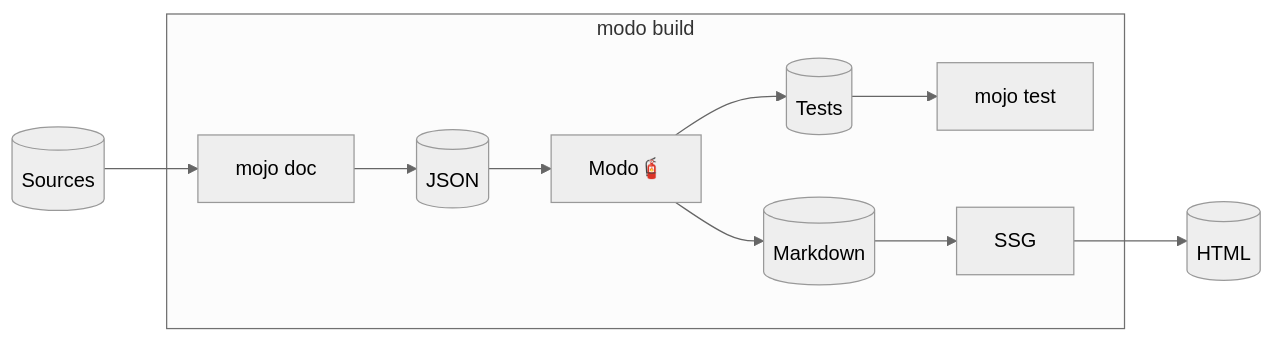
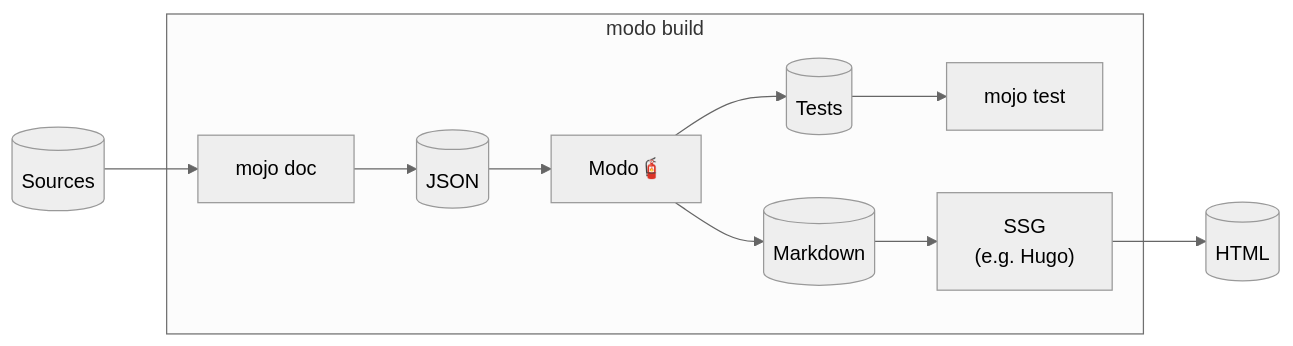
The diagram in docs/docs/presentation/slides.md (mlange-42/modo), drawn with Mermaid (neutral theme) before and after one commit. The commit also changed other lines of this file, not shown here.

````diff
--- a/docs/docs/presentation/slides.md
+++ b/docs/docs/presentation/slides.md
@@ -106,24 +124,26 @@
 ```mermaid
 graph LR
   sources[(Sources)]
   mojo_doc[mojo doc]
   JSON[(JSON)]
   Modo[Modo🧯]
   Markdown[(Markdown)]
   Tests[(Tests)]
   mojo_test[mojo test]
   HTML[(HTML)]
+  SSG["`SSG
+(e.g. Hugo)`"]
 
   sources-->mojo_doc
   subgraph cmd [modo build]
     mojo_doc-->JSON
 
     JSON-->Modo
     Modo-->Markdown
     Modo-->Tests
 
     Tests-->mojo_test
     Markdown-->SSG
   end
   SSG-->HTML
 ```
````
